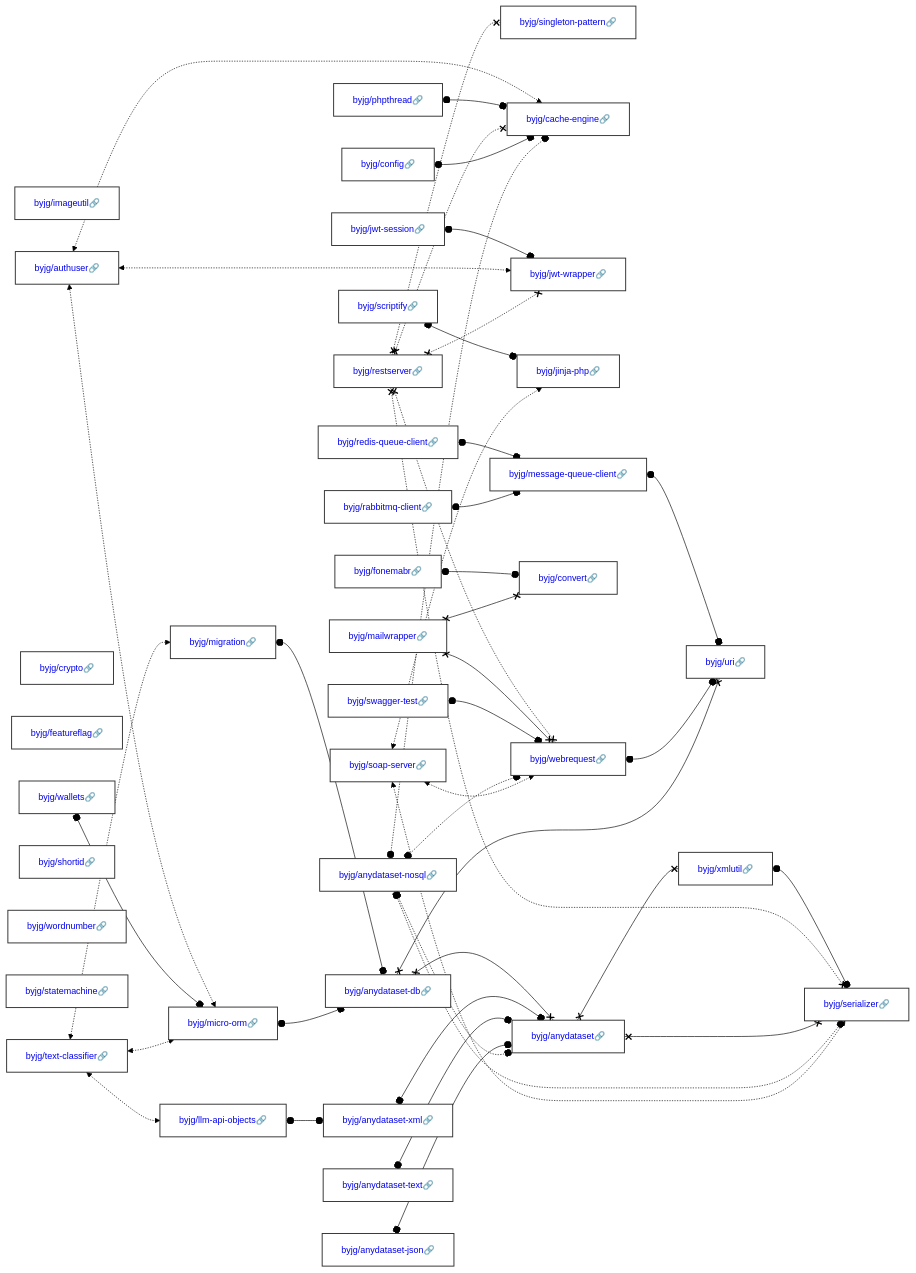
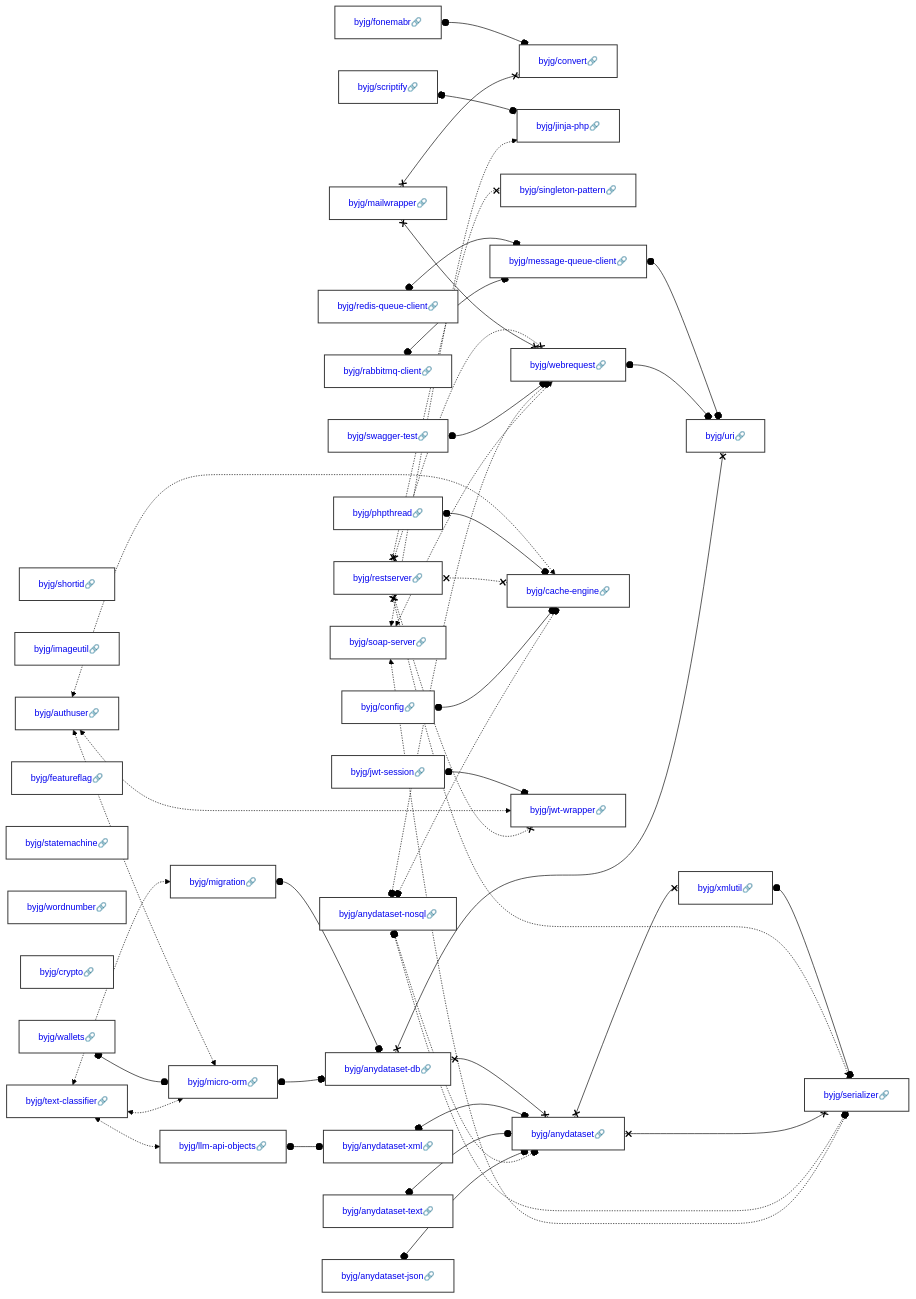
The diagram in docs/php/README.md (byjg/byjg.github.io), drawn with Mermaid (forest theme) before and after one commit. The commit also changed other lines of this file, not shown here.

Commit message:
Update documentation 'php' 'php-rest-reference-architecture'

````diff
--- a/docs/php/README.md
+++ b/docs/php/README.md
@@ -3,38 +3,38 @@
 ```mermaid
 graph LR;
   byjg/fonemabr[<a href='https://opensource.byjg.com/docs/php/fonemabr' style='text-decoration:none'>byjg/fonemabr🔗</a>];
+  byjg/shortid[<a href='https://opensource.byjg.com/docs/php/shortid' style='text-decoration:none'>byjg/shortid🔗</a>];
+  byjg/soap-server[<a href='https://opensource.byjg.com/docs/php/soap-server' style='text-decoration:none'>byjg/soap-server🔗</a>];
+  byjg/mailwrapper[<a href='https://opensource.byjg.com/docs/php/mailwrapper' style='text-decoration:none'>byjg/mailwrapper🔗</a>];
+  byjg/imageutil[<a href='https://opensource.byjg.com/docs/php/imageutil' style='text-decoration:none'>byjg/imageutil🔗</a>];
+  byjg/jwt-session[<a href='https://opensource.byjg.com/docs/php/jwt-session' style='text-decoration:none'>byjg/jwt-session🔗</a>];
+  byjg/anydataset-text[<a href='https://opensource.byjg.com/docs/php/anydataset-text' style='text-decoration:none'>byjg/anydataset-text🔗</a>];
+  byjg/wallets[<a href='https://opensource.byjg.com/docs/php/wallets' style='text-decoration:none'>byjg/wallets🔗</a>];
+  byjg/scriptify[<a href='https://opensource.byjg.com/docs/php/scriptify' style='text-decoration:none'>byjg/scriptify🔗</a>];
+  byjg/swagger-test[<a href='https://opensource.byjg.com/docs/php/swagger-test' style='text-decoration:none'>byjg/swagger-test🔗</a>];
+  byjg/featureflag[<a href='https://opensource.byjg.com/docs/php/featureflag' style='text-decoration:none'>byjg/featureflag🔗</a>];
+  byjg/anydataset-json[<a href='https://opensource.byjg.com/docs/php/anydataset-json' style='text-decoration:none'>byjg/anydataset-json🔗</a>];
+  byjg/config[<a href='https://opensource.byjg.com/docs/php/config' style='text-decoration:none'>byjg/config🔗</a>];
+  byjg/restserver[<a href='https://opensource.byjg.com/docs/php/restserver' style='text-decoration:none'>byjg/restserver🔗</a>];
+  byjg/statemachine[<a href='https://opensource.byjg.com/docs/php/statemachine' style='text-decoration:none'>byjg/statemachine🔗</a>];
+  byjg/wordnumber[<a href='https://opensource.byjg.com/docs/php/wordnumber' style='text-decoration:none'>byjg/wordnumber🔗</a>];
+  byjg/rabbitmq-client[<a href='https://opensource.byjg.com/docs/php/rabbitmq-client' style='text-decoration:none'>byjg/rabbitmq-client🔗</a>];
+  byjg/redis-queue-client[<a href='https://opensource.byjg.com/docs/php/redis-queue-client' style='text-decoration:none'>byjg/redis-queue-client🔗</a>];
+  byjg/anydataset-nosql[<a href='https://opensource.byjg.com/docs/php/anydataset-nosql' style='text-decoration:none'>byjg/anydataset-nosql🔗</a>];
+  byjg/crypto[<a href='https://opensource.byjg.com/docs/php/crypto' style='text-decoration:none'>byjg/crypto🔗</a>];
   byjg/phpthread[<a href='https://opensource.byjg.com/docs/php/phpthread' style='text-decoration:none'>byjg/phpthread🔗</a>];
-  byjg/anydataset-text[<a href='https://opensource.byjg.com/docs/php/anydataset-text' style='text-decoration:none'>byjg/anydataset-text🔗</a>];
-  byjg/config[<a href='https://opensource.byjg.com/docs/php/config' style='text-decoration:none'>byjg/config🔗</a>];
-  byjg/jwt-session[<a href='https://opensource.byjg.com/docs/php/jwt-session' style='text-decoration:none'>byjg/jwt-session🔗</a>];
-  byjg/anydataset-nosql[<a href='https://opensource.byjg.com/docs/php/anydataset-nosql' style='text-decoration:none'>byjg/anydataset-nosql🔗</a>];
-  byjg/restserver[<a href='https://opensource.byjg.com/docs/php/restserver' style='text-decoration:none'>byjg/restserver🔗</a>];
-  byjg/imageutil[<a href='https://opensource.byjg.com/docs/php/imageutil' style='text-decoration:none'>byjg/imageutil🔗</a>];
+  byjg/text-classifier[<a href='https://opensource.byjg.com/docs/php/text-classifier' style='text-decoration:none'>byjg/text-classifier🔗</a>];
   byjg/authuser[<a href='https://opensource.byjg.com/docs/php/authuser' style='text-decoration:none'>byjg/authuser🔗</a>];
-  byjg/crypto[<a href='https://opensource.byjg.com/docs/php/crypto' style='text-decoration:none'>byjg/crypto🔗</a>];
-  byjg/redis-queue-client[<a href='https://opensource.byjg.com/docs/php/redis-queue-client' style='text-decoration:none'>byjg/redis-queue-client🔗</a>];
-  byjg/featureflag[<a href='https://opensource.byjg.com/docs/php/featureflag' style='text-decoration:none'>byjg/featureflag🔗</a>];
-  byjg/scriptify[<a href='https://opensource.byjg.com/docs/php/scriptify' style='text-decoration:none'>byjg/scriptify🔗</a>];
-  byjg/text-classifier[<a href='https://opensource.byjg.com/docs/php/text-classifier' style='text-decoration:none'>byjg/text-classifier🔗</a>];
-  byjg/shortid[<a href='https://opensource.byjg.com/docs/php/shortid' style='text-decoration:none'>byjg/shortid🔗</a>];
-  byjg/wordnumber[<a href='https://opensource.byjg.com/docs/php/wordnumber' style='text-decoration:none'>byjg/wordnumber🔗</a>];
-  byjg/soap-server[<a href='https://opensource.byjg.com/docs/php/soap-server' style='text-decoration:none'>byjg/soap-server🔗</a>];
-  byjg/anydataset-json[<a href='https://opensource.byjg.com/docs/php/anydataset-json' style='text-decoration:none'>byjg/anydataset-json🔗</a>];
-  byjg/statemachine[<a href='https://opensource.byjg.com/docs/php/statemachine' style='text-decoration:none'>byjg/statemachine🔗</a>];
-  byjg/rabbitmq-client[<a href='https://opensource.byjg.com/docs/php/rabbitmq-client' style='text-decoration:none'>byjg/rabbitmq-client🔗</a>];
-  byjg/mailwrapper[<a href='https://opensource.byjg.com/docs/php/mailwrapper' style='text-decoration:none'>byjg/mailwrapper🔗</a>];
-  byjg/swagger-test[<a href='https://opensource.byjg.com/docs/php/swagger-test' style='text-decoration:none'>byjg/swagger-test🔗</a>];
-  byjg/wallets[<a href='https://opensource.byjg.com/docs/php/wallets' style='text-decoration:none'>byjg/wallets🔗</a>];
+  byjg/convert[<a href='https://opensource.byjg.com/docs/php/convert' style='text-decoration:none'>byjg/convert🔗</a>];
+  byjg/jinja-php[<a href='https://opensource.byjg.com/docs/php/jinja-php' style='text-decoration:none'>byjg/jinja-php🔗</a>];
   byjg/singleton-pattern[<a href='https://opensource.byjg.com/docs/php/singleton-pattern' style='text-decoration:none'>byjg/singleton-pattern🔗</a>];
+  byjg/message-queue-client[<a href='https://opensource.byjg.com/docs/php/message-queue-client' style='text-decoration:none'>byjg/message-queue-client🔗</a>];
+  byjg/webrequest[<a href='https://opensource.byjg.com/docs/php/webrequest' style='text-decoration:none'>byjg/webrequest🔗</a>];
+  byjg/migration[<a href='https://opensource.byjg.com/docs/php/migration' style='text-decoration:none'>byjg/migration🔗</a>];
+  byjg/llm-api-objects[<a href='https://opensource.byjg.com/docs/php/llm-api-objects' style='text-decoration:none'>byjg/llm-api-objects🔗</a>];
+  byjg/micro-orm[<a href='https://opensource.byjg.com/docs/php/micro-orm' style='text-decoration:none'>byjg/micro-orm🔗</a>];
   byjg/cache-engine[<a href='https://opensource.byjg.com/docs/php/cache-engine' style='text-decoration:none'>byjg/cache-engine🔗</a>];
   byjg/jwt-wrapper[<a href='https://opensource.byjg.com/docs/php/jwt-wrapper' style='text-decoration:none'>byjg/jwt-wrapper🔗</a>];
-  byjg/migration[<a href='https://opensource.byjg.com/docs/php/migration' style='text-decoration:none'>byjg/migration🔗</a>];
-  byjg/llm-api-objects[<a href='https://opensource.byjg.com/docs/php/llm-api-objects' style='text-decoration:none'>byjg/llm-api-objects🔗</a>];
-  byjg/jinja-php[<a href='https://opensource.byjg.com/docs/php/jinja-php' style='text-decoration:none'>byjg/jinja-php🔗</a>];
-  byjg/message-queue-client[<a href='https://opensource.byjg.com/docs/php/message-queue-client' style='text-decoration:none'>byjg/message-queue-client🔗</a>];
-  byjg/convert[<a href='https://opensource.byjg.com/docs/php/convert' style='text-decoration:none'>byjg/convert🔗</a>];
-  byjg/webrequest[<a href='https://opensource.byjg.com/docs/php/webrequest' style='text-decoration:none'>byjg/webrequest🔗</a>];
-  byjg/micro-orm[<a href='https://opensource.byjg.com/docs/php/micro-orm' style='text-decoration:none'>byjg/micro-orm🔗</a>];
   byjg/anydataset-xml[<a href='https://opensource.byjg.com/docs/php/anydataset-xml' style='text-decoration:none'>byjg/anydataset-xml🔗</a>];
   byjg/anydataset-db[<a href='https://opensource.byjg.com/docs/php/anydataset-db' style='text-decoration:none'>byjg/anydataset-db🔗</a>];
   byjg/anydataset[<a href='https://opensource.byjg.com/docs/php/anydataset' style='text-decoration:none'>byjg/anydataset🔗</a>];
````
